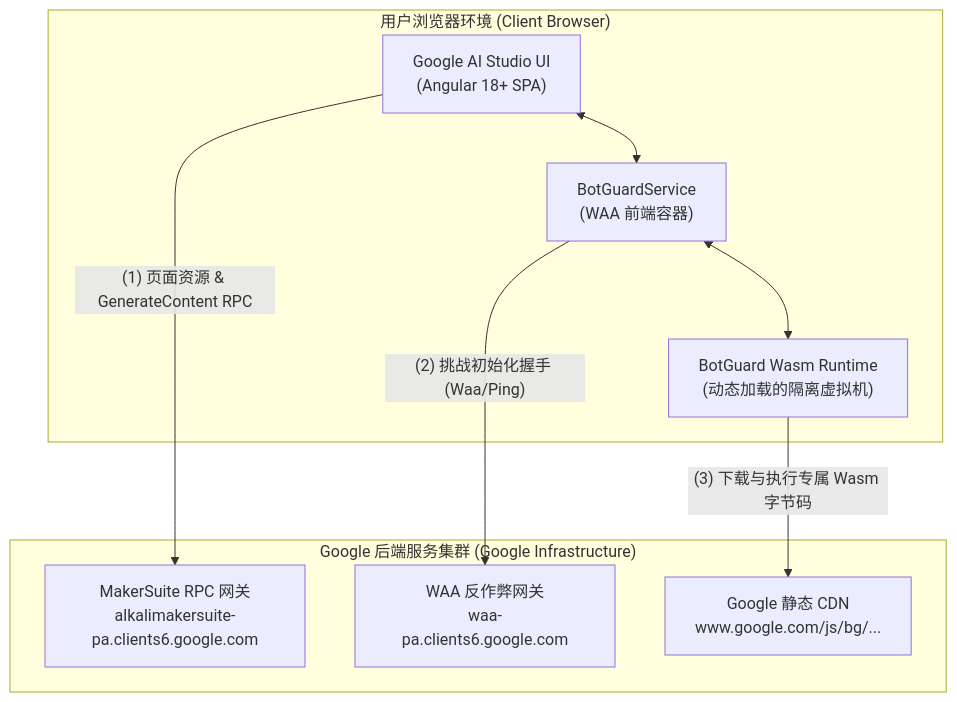
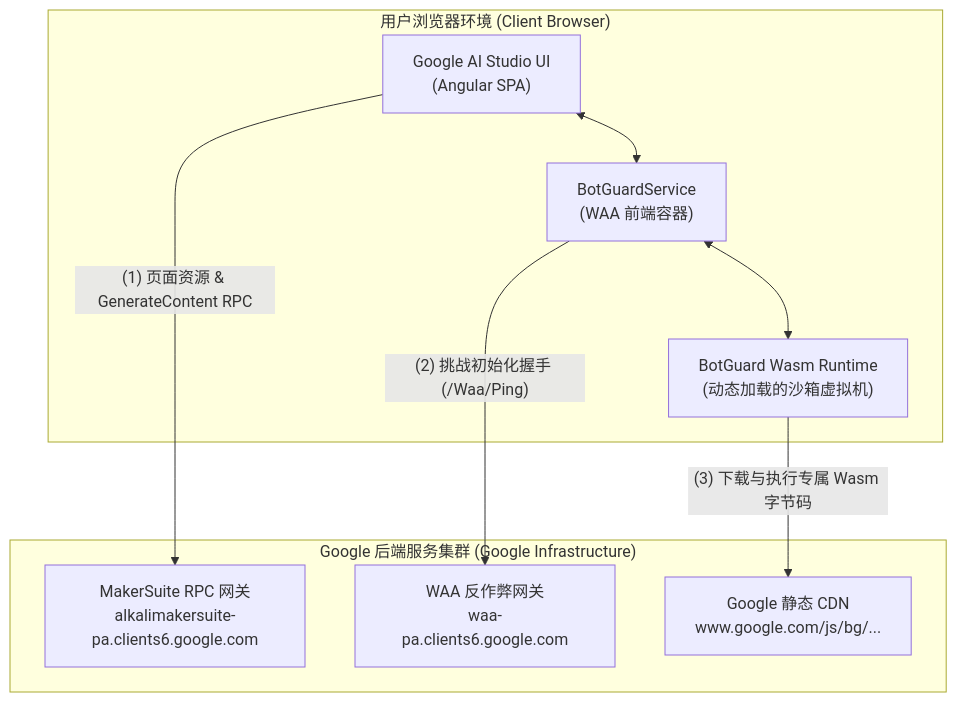
One commit to DeconstructedCube/aistudio-api changed the first of 3 diagrams in docs/BOTGUARD_VERIFICATION_CHAIN.md. Above: the diagram before and after it, drawn with Mermaid. The commit also changed other lines of this file and 43 other files, not shown here.

````diff
--- a/docs/BOTGUARD_VERIFICATION_CHAIN.md
+++ b/docs/BOTGUARD_VERIFICATION_CHAIN.md
@@ -22,20 +24,20 @@
 ```mermaid
 flowchart TD
     subgraph Browser ["用户浏览器环境 (Client Browser)"]
-        UI["Google AI Studio UI<br/>(Angular 18+ SPA)"]
+        UI["Google AI Studio UI<br/>(Angular SPA)"]
         BGSvc["BotGuardService<br/>(WAA 前端容器)"]
-        BGWasm["BotGuard Wasm Runtime<br/>(动态加载的隔离虚拟机)"]
+        BGWasm["BotGuard Wasm Runtime<br/>(动态加载的沙箱虚拟机)"]
         UI <--> BGSvc
         BGSvc <--> BGWasm
     end
 
     subgraph GoogleInfra ["Google 后端服务集群 (Google Infrastructure)"]
         MakerSuite["MakerSuite RPC 网关<br/>alkalimakersuite-pa.clients6.google.com"]
         WaaServer["WAA 反作弊网关<br/>waa-pa.clients6.google.com"]
         StaticCDN["Google 静态 CDN<br/>www.google.com/js/bg/..."]
     end
 
     UI -- "(1) 页面资源 & GenerateContent RPC" --> MakerSuite
-    BGSvc -- "(2) 挑战初始化握手 (Waa/Ping)" --> WaaServer
+    BGSvc -- "(2) 挑战初始化握手 (/Waa/Ping)" --> WaaServer
     BGWasm -- "(3) 下载与执行专属 Wasm 字节码" --> StaticCDN
 ```
````
